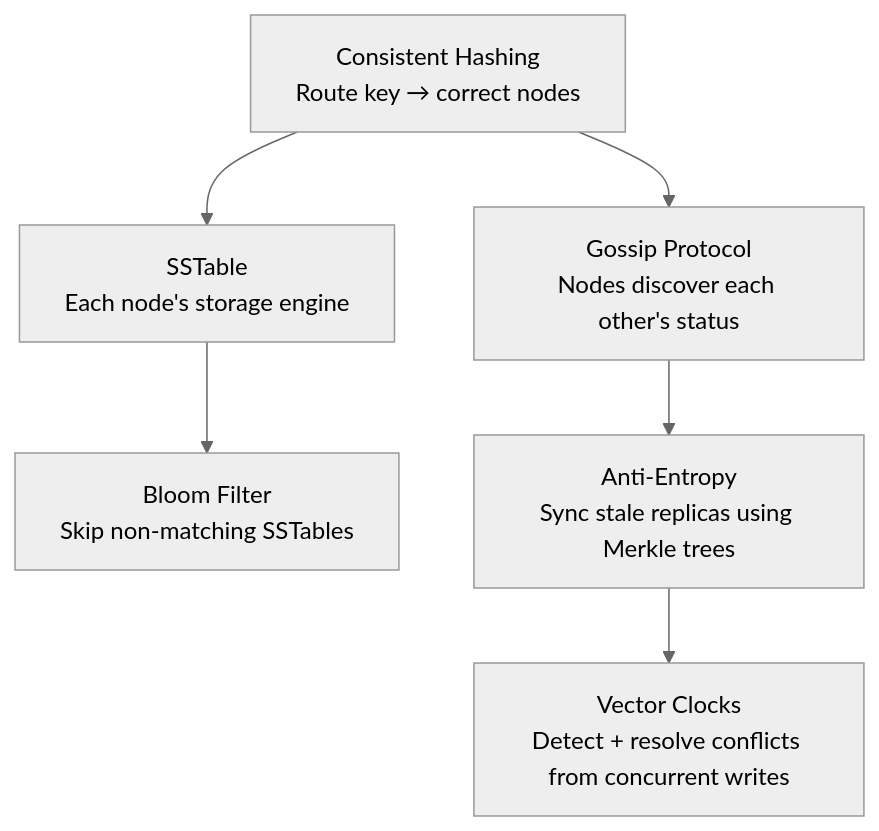
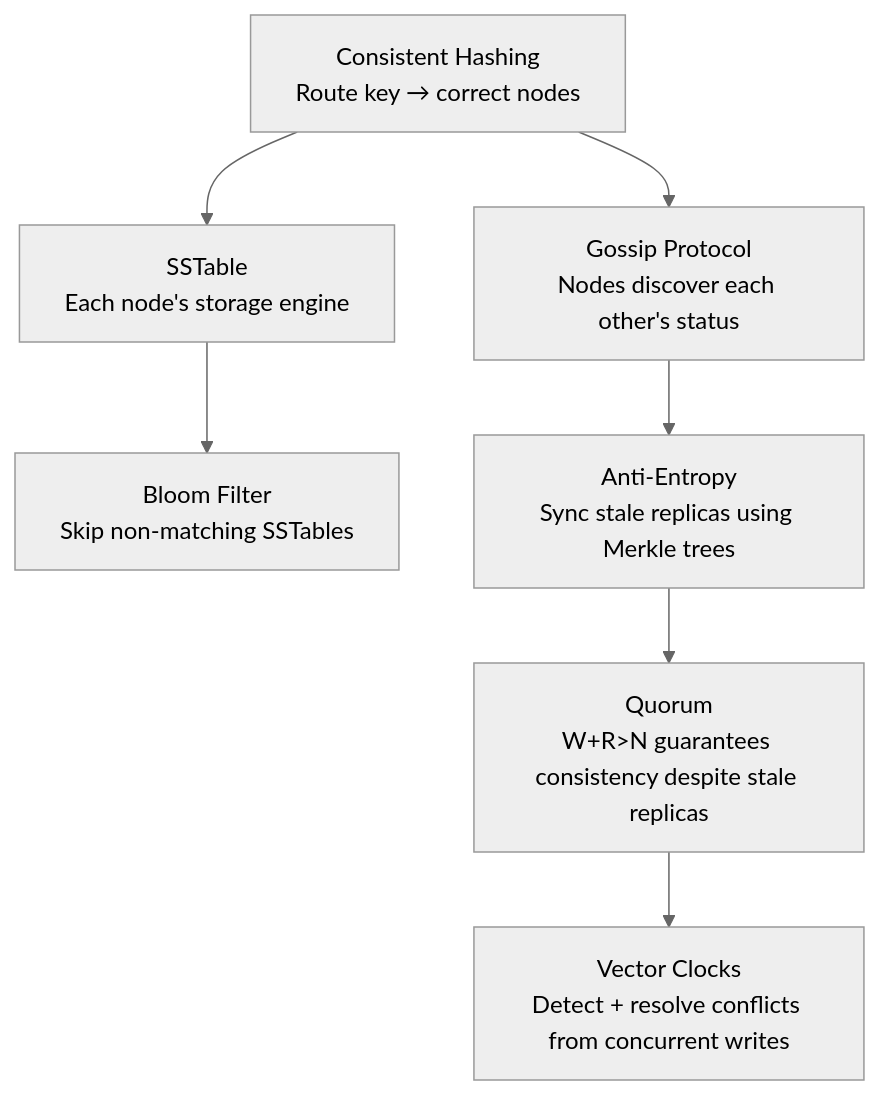
The diagram in MicroservicePatterns/DistributedSystems/README.md (Sundeep220/System-Design-Java), drawn with Mermaid (neutral theme) before and after one commit. The commit also changed other lines of this file and 15 other files, not shown here.

````diff
--- a/MicroservicePatterns/DistributedSystems/README.md
+++ b/MicroservicePatterns/DistributedSystems/README.md
@@ -45,8 +50,9 @@
 ```mermaid
 graph TD
     CH["Consistent Hashing\nRoute key → correct nodes"] --> ST["SSTable\nEach node's storage engine"]
     ST --> BF["Bloom Filter\nSkip non-matching SSTables"]
     CH --> GP["Gossip Protocol\nNodes discover each other's status"]
     GP --> AE["Anti-Entropy\nSync stale replicas using Merkle trees"]
-    AE --> VC["Vector Clocks\nDetect + resolve conflicts from concurrent writes"]
+    AE --> Q["Quorum\nW+R>N guarantees consistency despite stale replicas"]
+    Q --> VC["Vector Clocks\nDetect + resolve conflicts from concurrent writes"]
 ```
````
